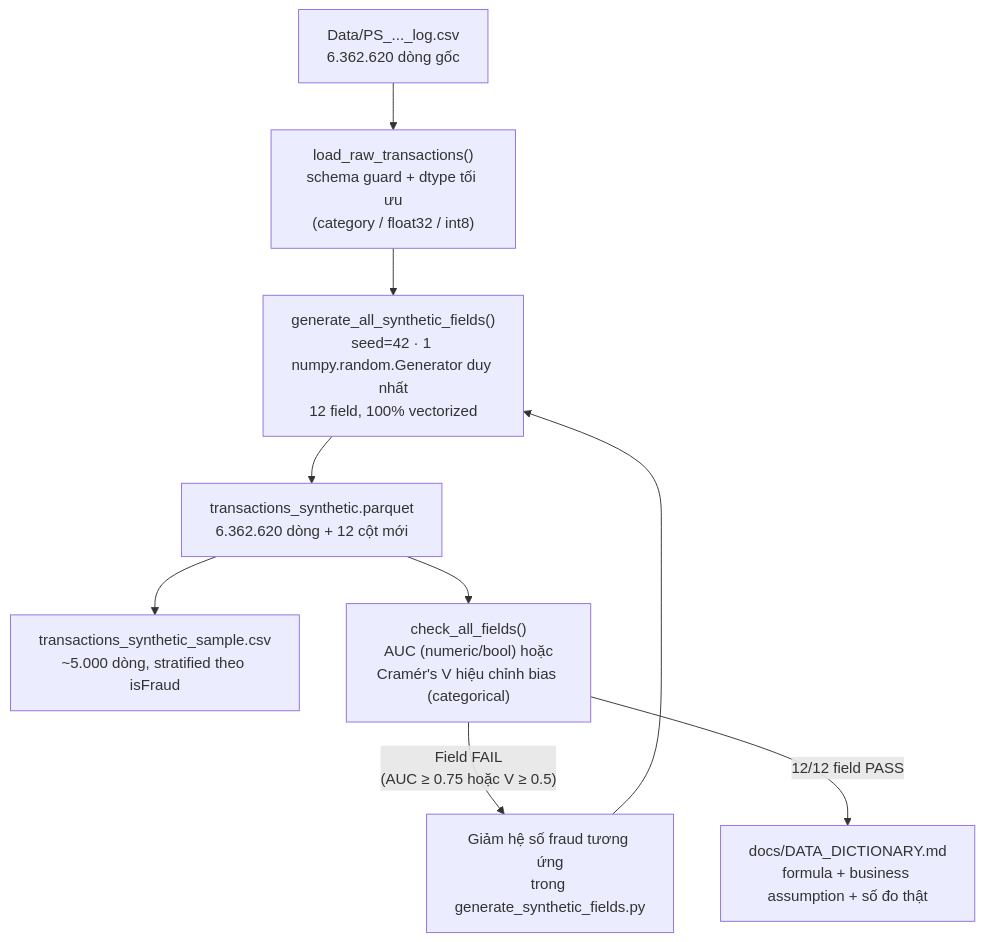
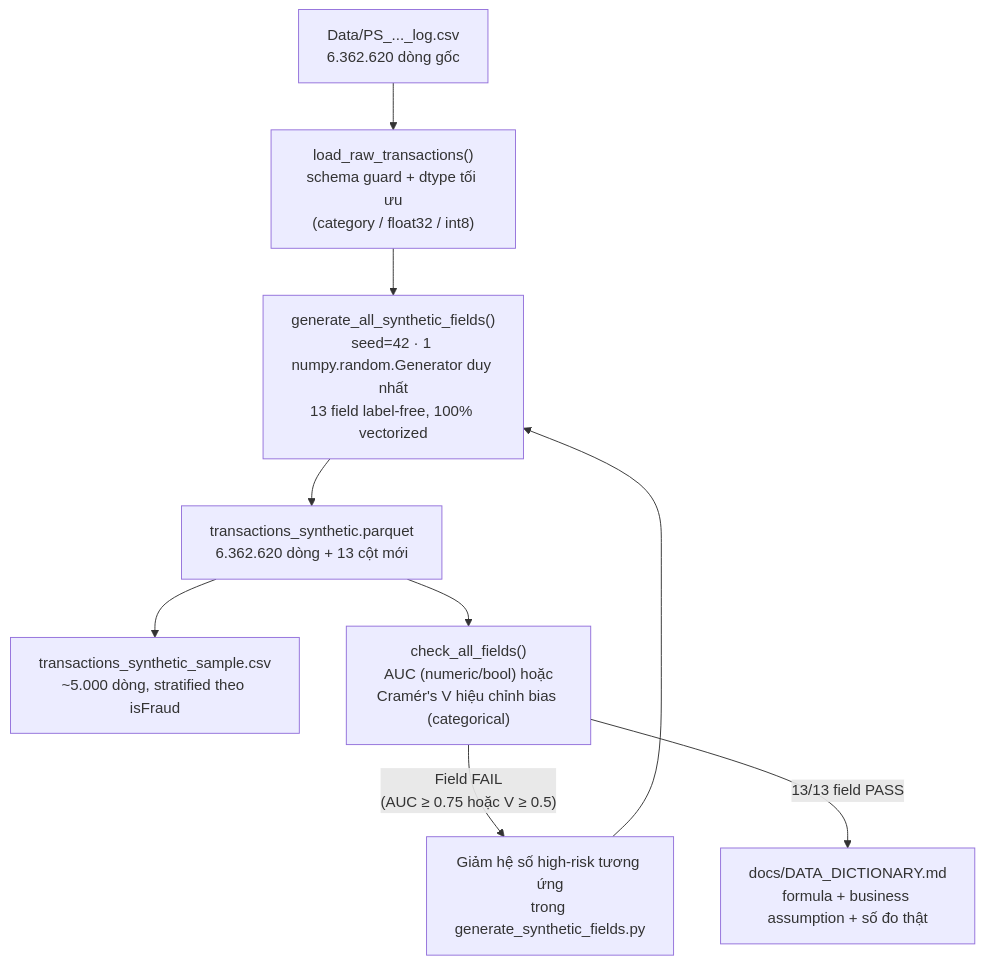
The fourth of 9 diagrams in README.md (sutobode/BA_Project), drawn with Mermaid before and after one commit. The commit also changed other lines of this file and 2 other files, not shown here.

````diff
--- a/README.md
+++ b/README.md
@@ -74,11 +77,11 @@
 ```mermaid
 flowchart TD
     A["Data/PS_..._log.csv<br/>6.362.620 dòng gốc"] --> B["load_raw_transactions()<br/>schema guard + dtype tối ưu<br/>(category / float32 / int8)"]
-    B --> C["generate_all_synthetic_fields()<br/>seed=42 · 1 numpy.random.Generator duy nhất<br/>12 field, 100% vectorized"]
-    C --> D["transactions_synthetic.parquet<br/>6.362.620 dòng + 12 cột mới"]
+    B --> C["generate_all_synthetic_fields()<br/>seed=42 · 1 numpy.random.Generator duy nhất<br/>13 field label-free, 100% vectorized"]
+    C --> D["transactions_synthetic.parquet<br/>6.362.620 dòng + 13 cột mới"]
     D --> E["transactions_synthetic_sample.csv<br/>~5.000 dòng, stratified theo isFraud"]
     D --> F["check_all_fields()<br/>AUC (numeric/bool) hoặc<br/>Cramér's V hiệu chỉnh bias (categorical)"]
-    F -->|"Field FAIL<br/>(AUC ≥ 0.75 hoặc V ≥ 0.5)"| G["Giảm hệ số fraud tương ứng<br/>trong generate_synthetic_fields.py"]
+    F -->|"Field FAIL<br/>(AUC ≥ 0.75 hoặc V ≥ 0.5)"| G["Giảm hệ số high-risk tương ứng<br/>trong generate_synthetic_fields.py"]
     G --> C
-    F -->|"12/12 field PASS"| H["docs/DATA_DICTIONARY.md<br/>formula + business assumption + số đo thật"]
+    F -->|"13/13 field PASS"| H["docs/DATA_DICTIONARY.md<br/>formula + business assumption + số đo thật"]
 ```
````
